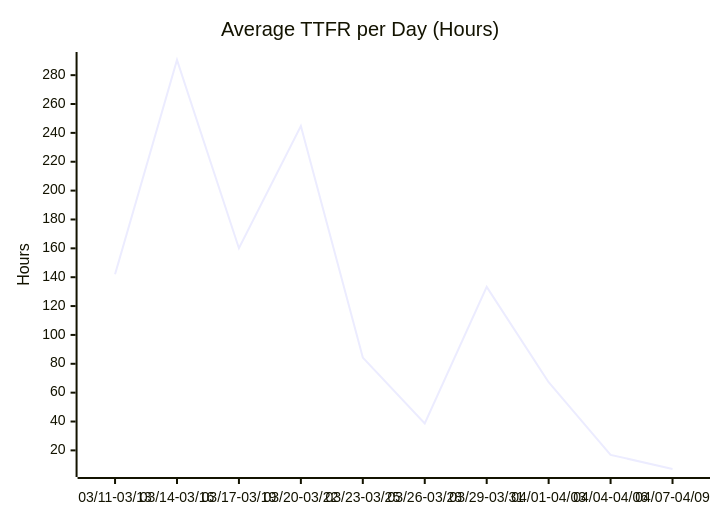
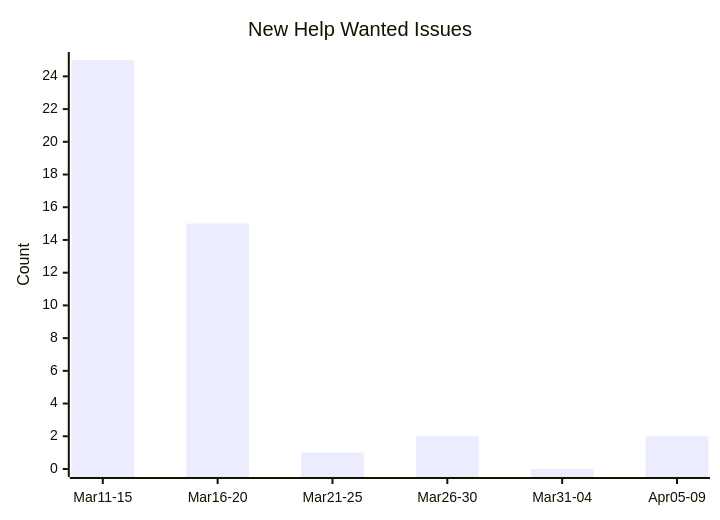
One commit to cocosheng-g/gemini-cli changed the fourth of 6 diagrams in triage/CONTRIBUTION_METRICS.md. Above: the diagram before and after it, drawn with Mermaid. The commit also changed other lines of this file, not shown here.

````diff
--- a/triage/CONTRIBUTION_METRICS.md
+++ b/triage/CONTRIBUTION_METRICS.md
@@ -46,7 +44,7 @@
 ```mermaid
 xychart-beta
-    title "Average TTFR per Day (Hours)"
-    x-axis ["03/11-03/13", "03/14-03/16", "03/17-03/19", "03/20-03/22", "03/23-03/25", "03/26-03/28", "03/29-03/31", "04/01-04/03", "04/04-04/06", "04/07-04/09"]
-    y-axis "Hours"
-    line [142.0, 290.5, 160.1, 244.7, 84.3, 38.7, 133.3, 67.2, 16.9, 7.1]
+    title "New Help Wanted Issues"
+    x-axis ["Mar11-15", "Mar16-20", "Mar21-25", "Mar26-30", "Mar31-04", "Apr05-09"]
+    y-axis "Count"
+    bar [25, 15, 1, 2, 0, 2]
 ```
````
